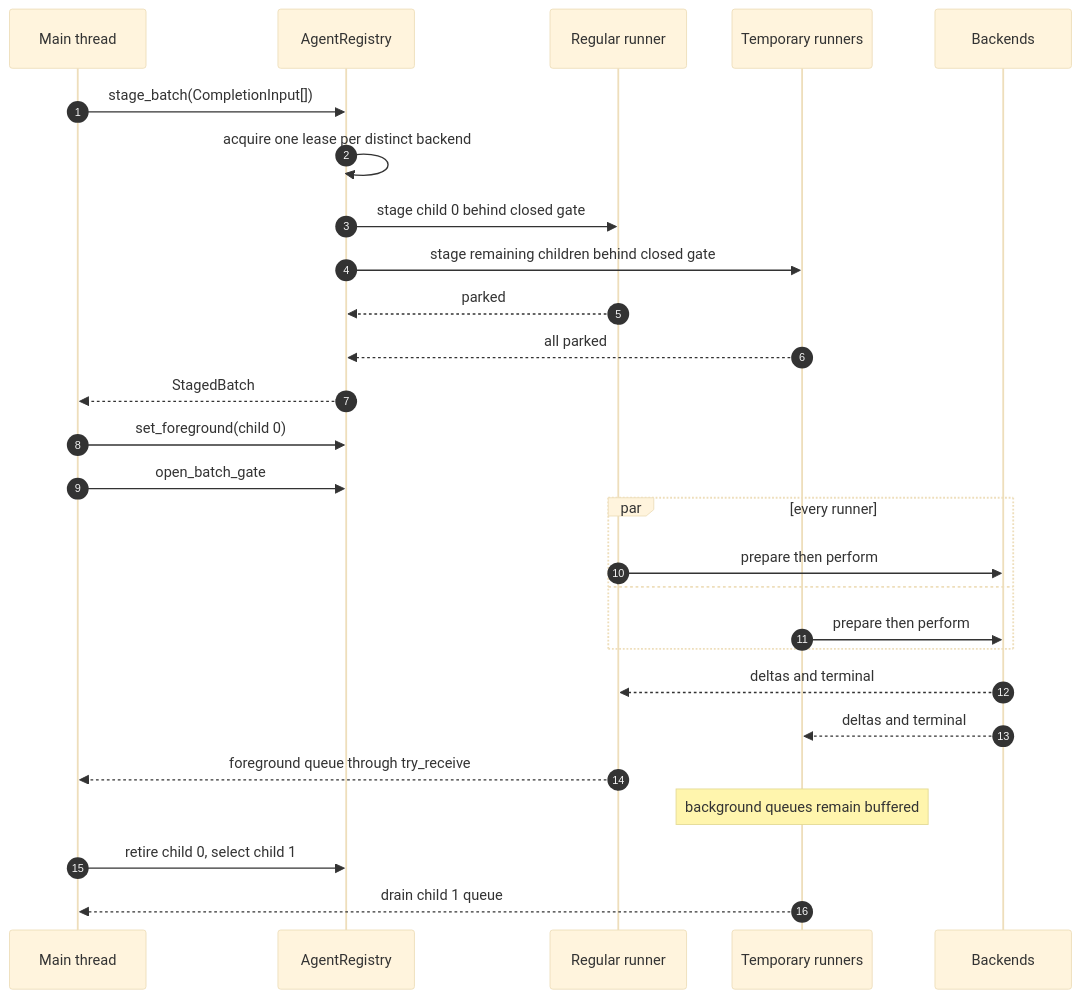
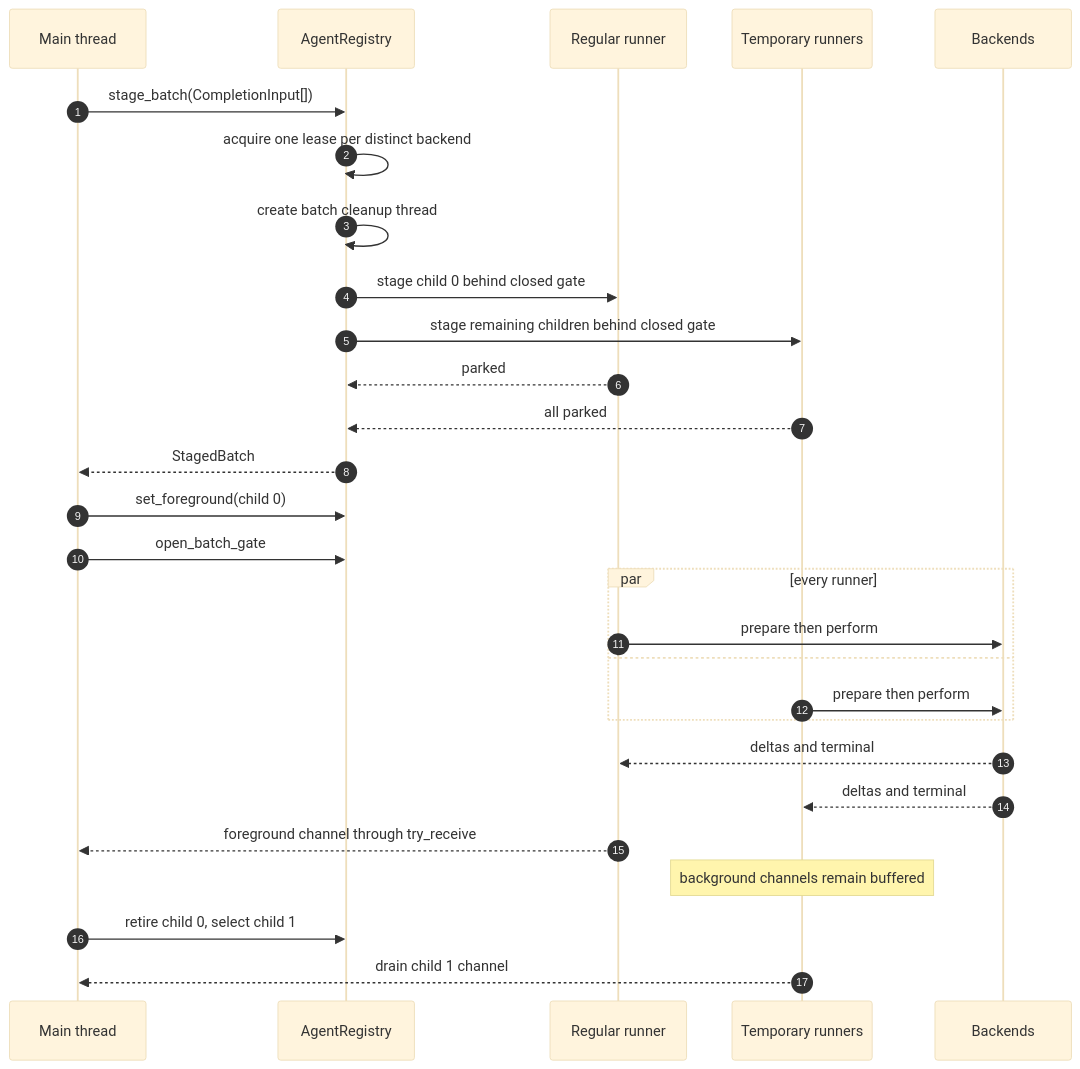
One commit to michaelpopov/cha changed the second of 4 diagrams in src/agents/README.md. Above: the diagram before and after it, drawn with Mermaid (base theme). The commit also changed other lines of this file and 16 other files, not shown here.

````diff
--- a/src/agents/README.md
+++ b/src/agents/README.md
@@ -98,30 +98,31 @@
 ```mermaid
 sequenceDiagram
     autonumber
     participant M as Main thread
     participant R as AgentRegistry
     participant W0 as Regular runner
     participant WN as Temporary runners
     participant B as Backends
 
     M->>R: stage_batch(CompletionInput[])
     R->>R: acquire one lease per distinct backend
+    R->>R: create batch cleanup thread
     R->>W0: stage child 0 behind closed gate
     R->>WN: stage remaining children behind closed gate
     W0-->>R: parked
     WN-->>R: all parked
     R-->>M: StagedBatch
     M->>R: set_foreground(child 0)
     M->>R: open_batch_gate
     par every runner
         W0->>B: prepare then perform
     and
         WN->>B: prepare then perform
     end
     B-->>W0: deltas and terminal
     B-->>WN: deltas and terminal
-    W0-->>M: foreground queue through try_receive
-    Note over WN: background queues remain buffered
+    W0-->>M: foreground channel through try_receive
+    Note over WN: background channels remain buffered
     M->>R: retire child 0, select child 1
-    WN-->>M: drain child 1 queue
+    WN-->>M: drain child 1 channel
 ```
````
